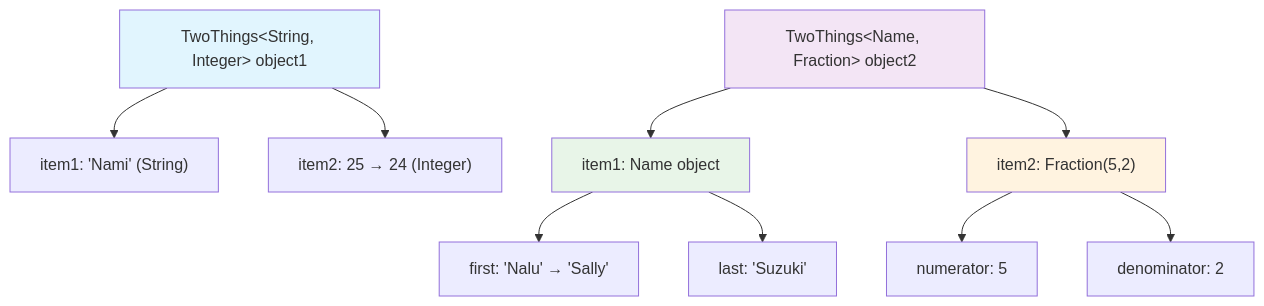
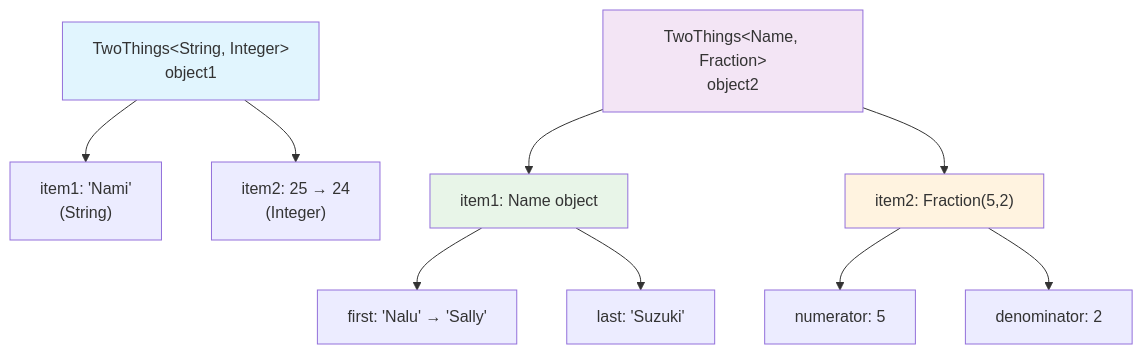
Before and after one commit to ICSatKCC/ContainerClassExamples-Topic11: the second of 2 diagrams in TwoThings_ClassDiagram.md, drawn with Mermaid. The commit also changed other lines of this file and 1 other file, not shown here.

Commit message:
add uml diagram

````diff
--- a/TwoThings_ClassDiagram.md
+++ b/TwoThings_ClassDiagram.md
@@ -62,19 +60,19 @@
 ```mermaid
-graph TD
-    A[TwoThings&lt;String, Integer&gt; object1] --> B["item1: 'Nami' (String)"]
-    A --> C["item2: 25 → 24 (Integer)"]
+flowchart TD
+    A["TwoThings&lt;String, Integer&gt;<br/>object1"] --> B["item1: 'Nami'<br/>(String)"]
+    A --> C["item2: 25 → 24<br/>(Integer)"]
     
-    D[TwoThings&lt;Name, Fraction&gt; object2] --> E["item1: Name object"]
+    D["TwoThings&lt;Name, Fraction&gt;<br/>object2"] --> E["item1: Name object"]
     D --> F["item2: Fraction(5,2)"]
     
     E --> G["first: 'Nalu' → 'Sally'"]
     E --> H["last: 'Suzuki'"]
     
     F --> I["numerator: 5"]
     F --> J["denominator: 2"]
     
     style A fill:#e1f5fe
     style D fill:#f3e5f5
     style E fill:#e8f5e8
     style F fill:#fff3e0
 ```
````
